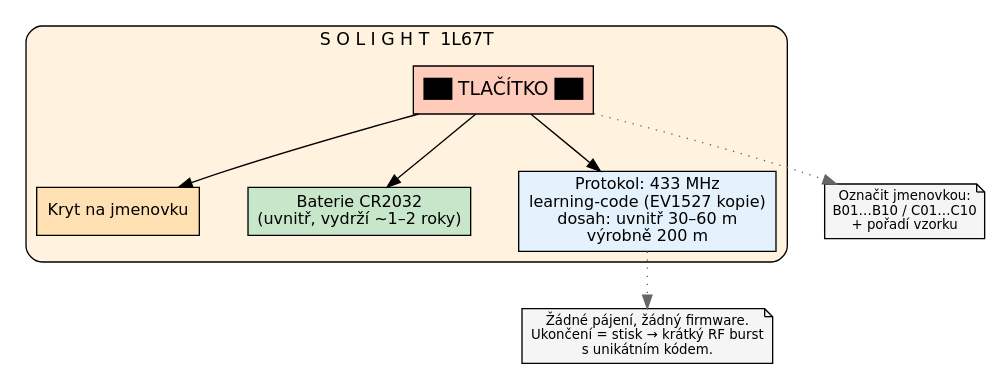
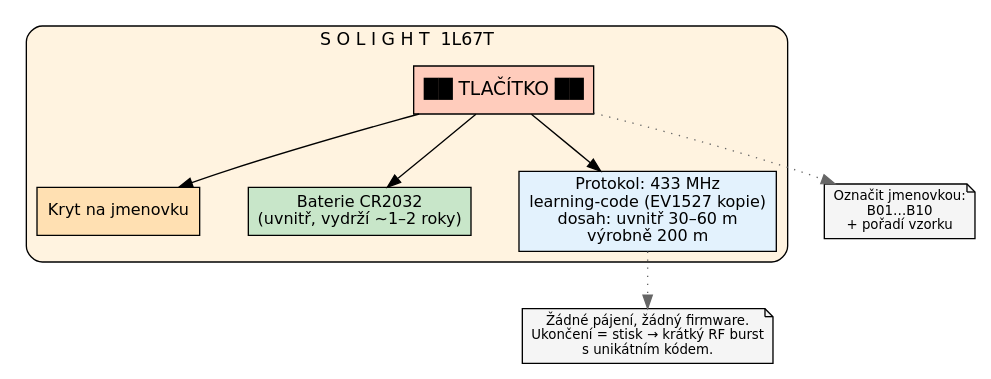
Before and after one commit to K0F/1938_ABC: the diagram in docs/dot/sch_07_solight.dot, drawn with Graphviz. The commit also changed 22 other files, not shown here.

```diff
--- a/docs/dot/sch_07_solight.dot
+++ b/docs/dot/sch_07_solight.dot
@@ -1,28 +1,28 @@
-// SCH §5.1 — Solight 1L67T (bezdrátové tlačítko)
+// SCH §4.1 — Solight 1L67T (bezdrátové tlačítko)
 digraph G {
     graph [fontname="DejaVu Sans" rankdir=TB bgcolor="white" nodesep=0.5 ranksep=0.6];
 node [fontname="DejaVu Sans" fontsize=12 style="filled"];
 edge [fontname="DejaVu Sans" fontsize=10];
 
 subgraph cluster_solight {
     label="S O L I G H T  1L67T";
     style="filled,rounded";
     fillcolor="#fff3e0";
     fontsize=13;
     fontname="DejaVu Sans";
 
     btn [label="██ TLAČÍTKO ██" shape=box style="filled" fillcolor="#ffccbc" fontsize=14];
     info [label="Kryt na jmenovku" shape=box fillcolor="#ffe0b2"];
     batt [label="Baterie CR2032\n(uvnitř, vydrží ~1–2 roky)" shape=box fillcolor="#c8e6c9"];
     proto [label="Protokol: 433 MHz\nlearning-code (EV1527 kopie)\ndosah: uvnitř 30–60 m\nvýrobně 200 m" shape=box fillcolor="#e3f2fd"];
 }
 
 note [label="Žádné pájení, žádný firmware.\nUkončení = stisk → krátký RF burst\ns unikátním kódem." shape=note fillcolor="#f5f5f5" fontsize=10];
-oznaceni [label="Označit jmenovkou:\nB01…B10 / C01…C10\n+ pořadí vzorku" shape=note fillcolor="#f5f5f5" fontsize=10];
+oznaceni [label="Označit jmenovkou:\nB01…B10\n+ pořadí vzorku" shape=note fillcolor="#f5f5f5" fontsize=10];
 
 btn -> batt;
 btn -> info;
 btn -> proto;
 proto -> note [style=dotted color="#666666"];
 btn -> oznaceni [style=dotted color="#666666"];
 }
```
